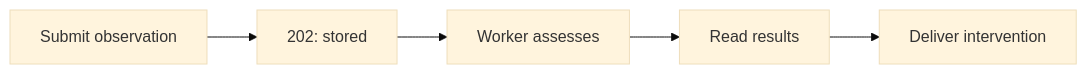
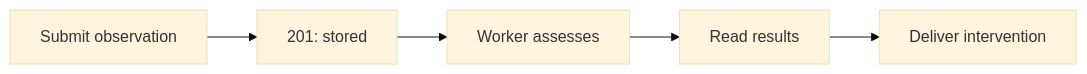
The diagram in docs/user_guide.md (b-a-merritt/msse692), drawn with Mermaid (base theme) before and after one commit. The commit also changed other lines of this file and 90 other files, not shown here.

````diff
--- a/docs/user_guide.md
+++ b/docs/user_guide.md
@@ -19,7 +18,7 @@
 ```mermaid
 flowchart LR
-    A[Submit observation] --> B[202: stored]
+    A[Submit observation] --> B[201: stored]
     B --> C[Worker assesses]
     C --> D[Read results]
     D --> E[Deliver intervention]
 ```
````
